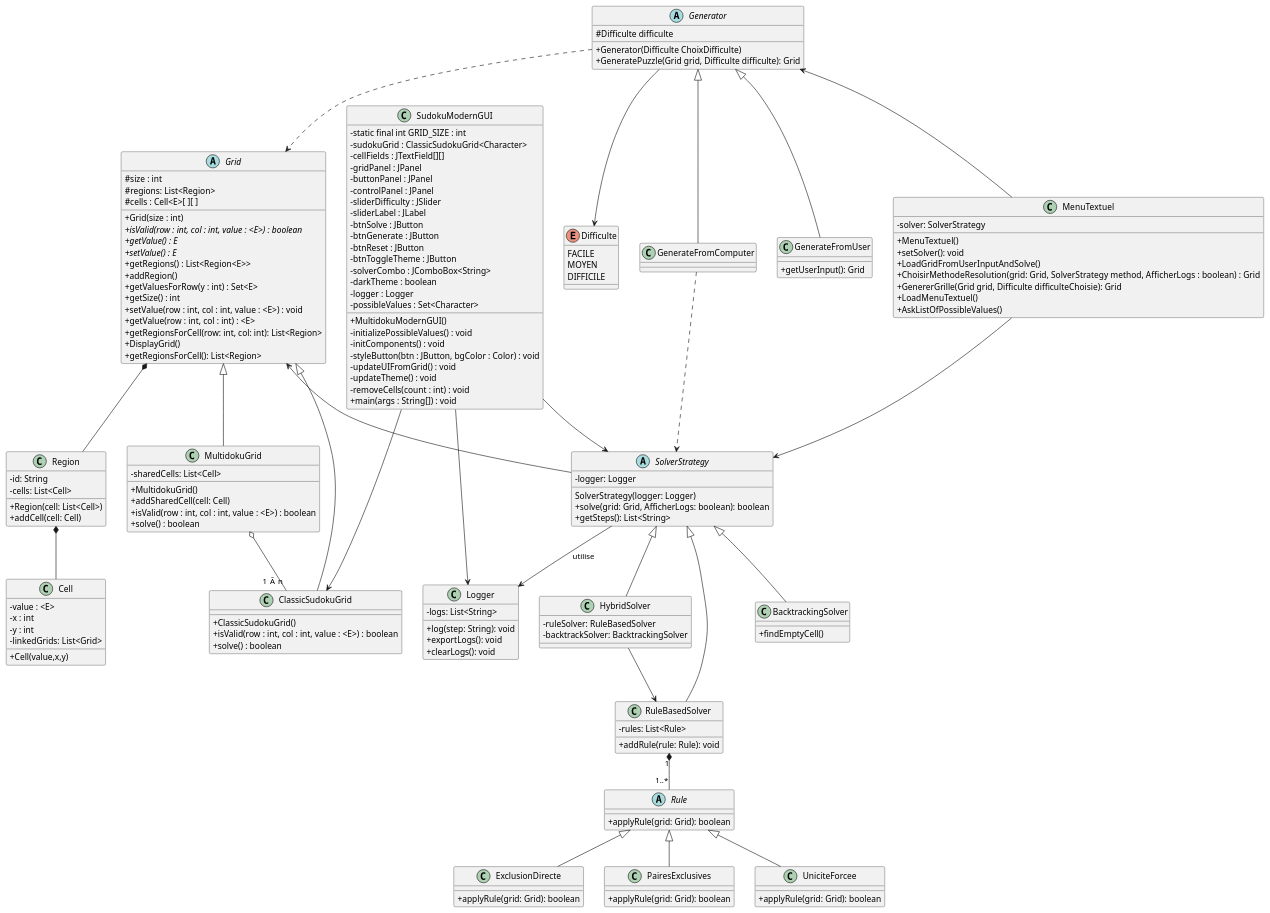
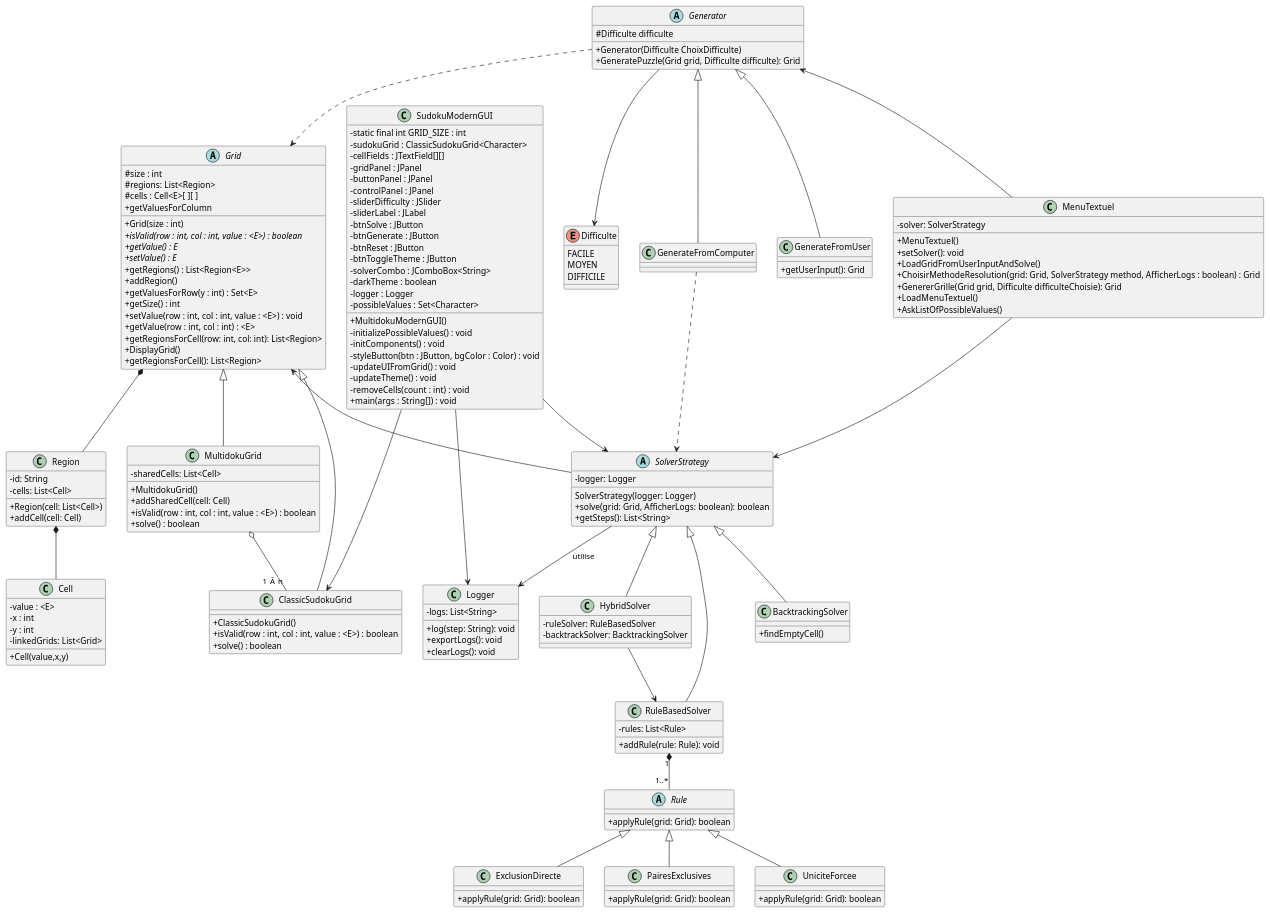
Before and after one commit to PolytechLyon/SudokuAPO: the diagram in ClassDiagram.puml, drawn with PlantUML.

Commit message:
Amélioration diagramme classe

```diff
--- a/ClassDiagram.puml
+++ b/ClassDiagram.puml
@@ -1,185 +1,186 @@
 @startuml
 skinparam classAttributeIconSize 0
 'https://plantuml.com/class-diagram
 
 abstract class Grid{
     # size : int
     # regions: List<Region>
     # cells : Cell<E>[ ][ ]
     + Grid(size : int)
     + {abstract} isValid(row : int, col : int, value : <E>) : boolean
     + {abstract} getValue() : E
     + {abstract} setValue() : E
     + getRegions() : List<Region<E>>
     + addRegion()
     + getValuesForRow(y : int) : Set<E>
     + getSize() : int
+    + getValuesForColumn
     + setValue(row : int, col : int, value : <E>) : void
     + getValue(row : int, col : int) : <E>
     + getRegionsForCell(row: int, col: int): List<Region>
     + DisplayGrid()
     + getRegionsForCell(): List<Region>
 }
 
 class Region {
     - id: String
     - cells: List<Cell>
     +Region(cell: List<Cell>)
     + addCell(cell: Cell)
 }
 
 class Cell {
     -value : <E>
     -x : int
     -y : int
     - linkedGrids: List<Grid>
     +Cell(value,x,y)
 }
 
 class ClassicSudokuGrid{
     + ClassicSudokuGrid()
     + isValid(row : int, col : int, value : <E>) : boolean
     + solve() : boolean
 }
 
 class MultidokuGrid{
     - sharedCells: List<Cell>
     + MultidokuGrid()
     + addSharedCell(cell: Cell)
     + isValid(row : int, col : int, value : <E>) : boolean
     + solve() : boolean
 }
 
 abstract class Rule {
     + applyRule(grid: Grid): boolean
 }
 class ExclusionDirecte extends Rule {
     + applyRule(grid: Grid): boolean
 }
 class PairesExclusives extends Rule {
     + applyRule(grid: Grid): boolean
 }
 class UniciteForcee extends Rule {
     + applyRule(grid: Grid): boolean
 }
 
 enum Difficulte{
     FACILE
     MOYEN
     DIFFICILE
 }
 
 Generator --> Difficulte
 
 Abstract class Generator {
     # Difficulte difficulte
     + Generator(Difficulte ChoixDifficulte)
     +GeneratePuzzle(Grid grid, Difficulte difficulte): Grid
 }
 Generator ..> Grid
 
 class GenerateFromComputer extends Generator{
 }
 
 class GenerateFromUser extends Generator{
     + getUserInput(): Grid
 }
 
 class MenuTextuel {
     - solver: SolverStrategy
     +MenuTextuel()
     + setSolver(): void
     +LoadGridFromUserInputAndSolve()
     +ChoisirMethodeResolution(grid: Grid, SolverStrategy method, AfficherLogs : boolean) : Grid
     +GenererGrille(Grid grid, Difficulte difficulteChoisie): Grid
     +LoadMenuTextuel()
     +AskListOfPossibleValues()
 }
 
 MenuTextuel --> SolverStrategy
 
 
 
 class RuleBasedSolver {
     - rules: List<Rule>
     + addRule(rule: Rule): void
 }
 
 class BacktrackingSolver {
     +findEmptyCell()
 }
 
 class HybridSolver {
     - ruleSolver: RuleBasedSolver
     - backtrackSolver: BacktrackingSolver
 }
 
 class Logger {
     - logs: List<String>
     + log(step: String): void
     + exportLogs(): void
     + clearLogs(): void
 }
 
 abstract class SolverStrategy {
     - logger: Logger
     SolverStrategy(logger: Logger)
     + solve(grid: Grid, AfficherLogs: boolean): boolean
     + getSteps(): List<String>
 }
 
 class SudokuModernGUI {
   - static final int GRID_SIZE : int
   - sudokuGrid : ClassicSudokuGrid<Character>
   - cellFields : JTextField[][]
   - gridPanel : JPanel
   - buttonPanel : JPanel
   - controlPanel : JPanel
   - sliderDifficulty : JSlider
   - sliderLabel : JLabel
   - btnSolve : JButton
   - btnGenerate : JButton
   - btnReset : JButton
   - btnToggleTheme : JButton
   - solverCombo : JComboBox<String>
   - darkTheme : boolean
   - logger : Logger
   - possibleValues : Set<Character>
   + MultidokuModernGUI()
   - initializePossibleValues() : void
   - initComponents() : void
   - styleButton(btn : JButton, bgColor : Color) : void
   - updateUIFromGrid() : void
   - updateTheme() : void
   - removeCells(count : int) : void
   + main(args : String[]) : void
 }
 
 SolverStrategy --> Logger : utilise
 
 Generator<--MenuTextuel
 
 Grid <|-- MultidokuGrid
 Grid <|-- ClassicSudokuGrid
 Grid *-- Region
 Grid <-- SolverStrategy
 
 GenerateFromComputer ..> SolverStrategy
 
 MultidokuGrid o-- "1 Ã  n" ClassicSudokuGrid
 
 Region *-- Cell
 
 SolverStrategy <|-- RuleBasedSolver
 SolverStrategy <|-- HybridSolver
 SolverStrategy <|-- BacktrackingSolver
 RuleBasedSolver "1" *-- "1..*" Rule
 HybridSolver --> RuleBasedSolver
 SudokuModernGUI --> ClassicSudokuGrid
 SudokuModernGUI --> Logger
 SudokuModernGUI --> SolverStrategy
 
 
 
 
 @enduml
```
